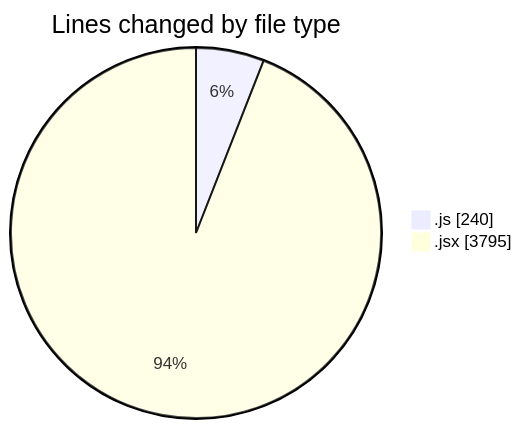
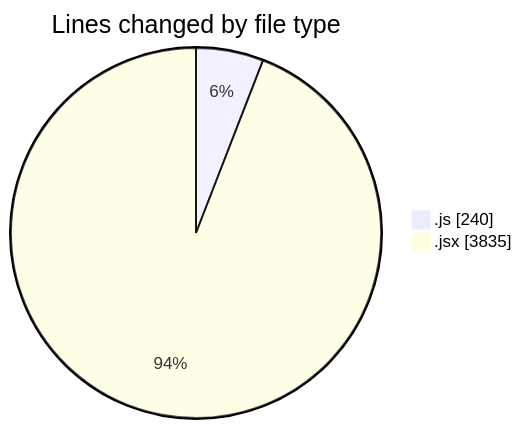
One commit to nxtqubesakshisongat/code-tracking changed the first of 2 diagrams in 2026-01-19/nxtqube_webapp/README.md. Above: the diagram before and after it, drawn with Mermaid. The commit also changed other lines of this file and 1 other file, not shown here.

````diff
--- a/2026-01-19/nxtqube_webapp/README.md
+++ b/2026-01-19/nxtqube_webapp/README.md
@@ -27,6 +27,6 @@
 ```mermaid
 pie showData
 title Lines changed by file type
 ".js" : 240
-".jsx" : 3795
+".jsx" : 3835
 ```
````
